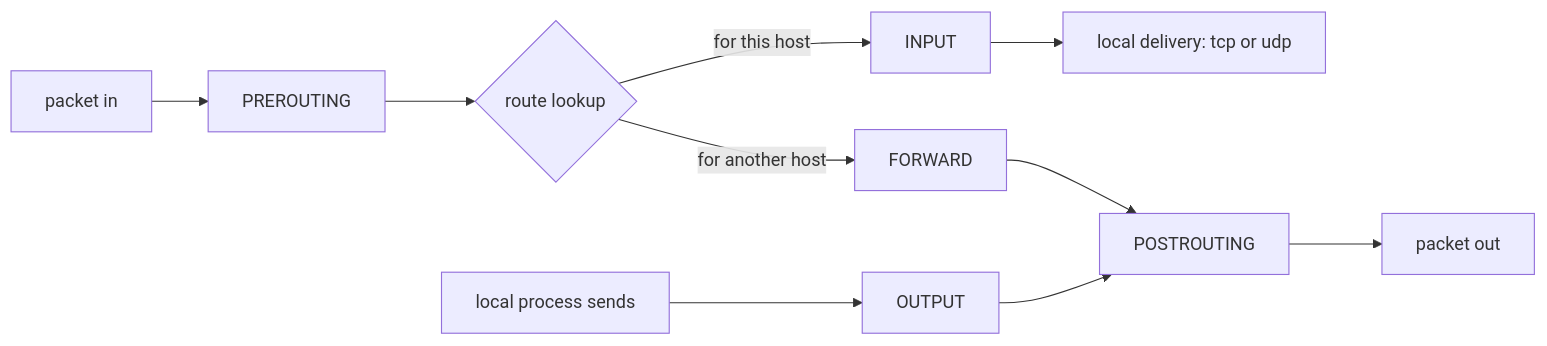
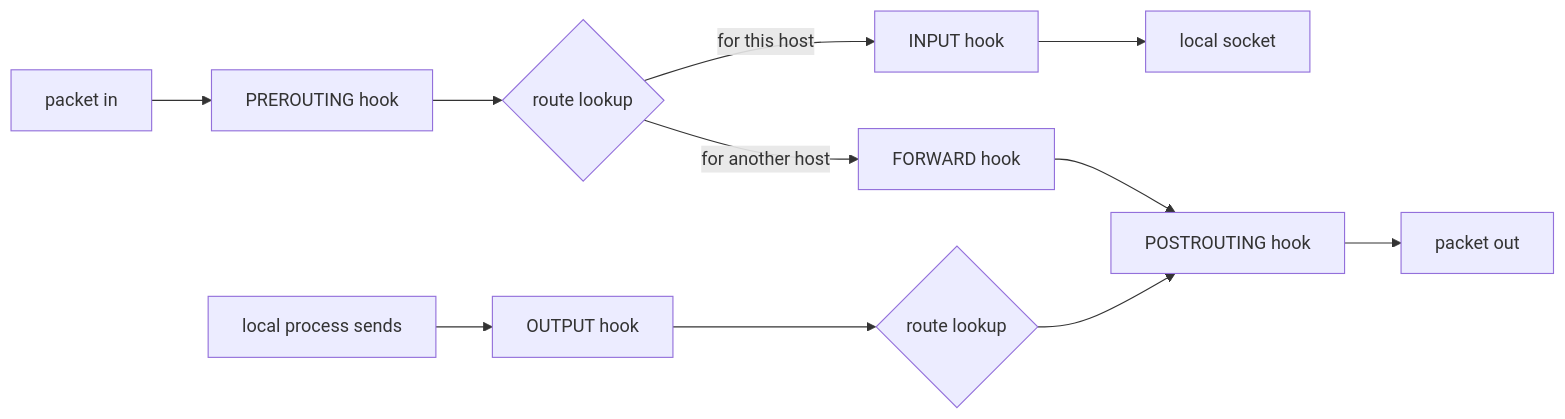
One commit to Princeahrwar/Study changed the third of 4 diagrams in 07_networking/06_linux_network_stack.md. Above: the diagram before and after it, drawn with Mermaid. The commit also changed other lines of this file, not shown here.

````diff
--- a/07_networking/06_linux_network_stack.md
+++ b/07_networking/06_linux_network_stack.md
@@ -467,9 +150,9 @@
 ```mermaid
 flowchart LR
-  IN["packet in"] --> PRE["PREROUTING"]
-  PRE --> RT{"route lookup"}
-  RT -->|for this host| INP["INPUT"] --> LOCAL["local delivery: tcp or udp"]
-  RT -->|for another host| FWD["FORWARD"] --> POST["POSTROUTING"]
-  LOCAL2["local process sends"] --> OUT["OUTPUT"] --> POST
-  POST --> OUTW["packet out"]
+  IN["packet in"] --> PRE["PREROUTING hook"]
+  PRE --> R1{"route lookup"}
+  R1 -->|for this host| INP["INPUT hook"] --> LOCAL["local socket"]
+  R1 -->|for another host| FWD["FORWARD hook"] --> POST["POSTROUTING hook"]
+  LOCAL2["local process sends"] --> OUT["OUTPUT hook"] --> R2{"route lookup"} --> POST
+  POST --> OUTDEV["packet out"]
 ```
````
